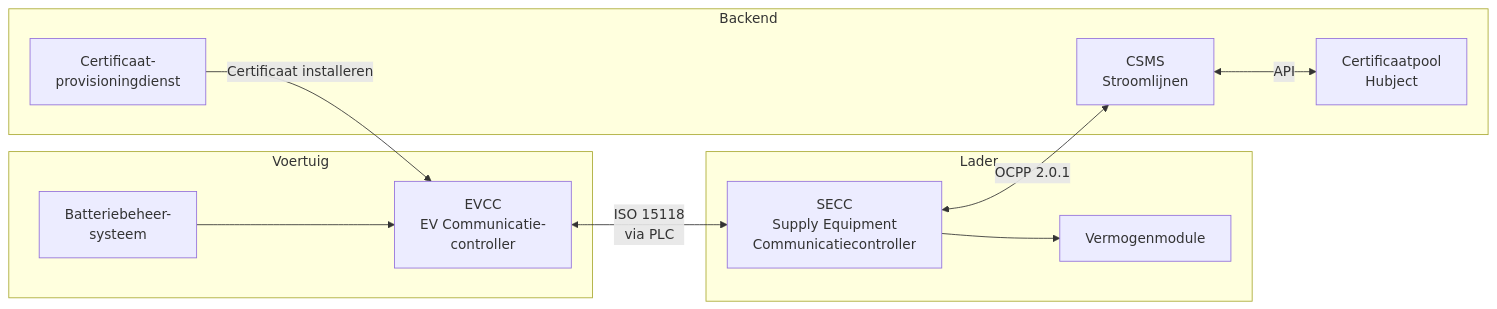
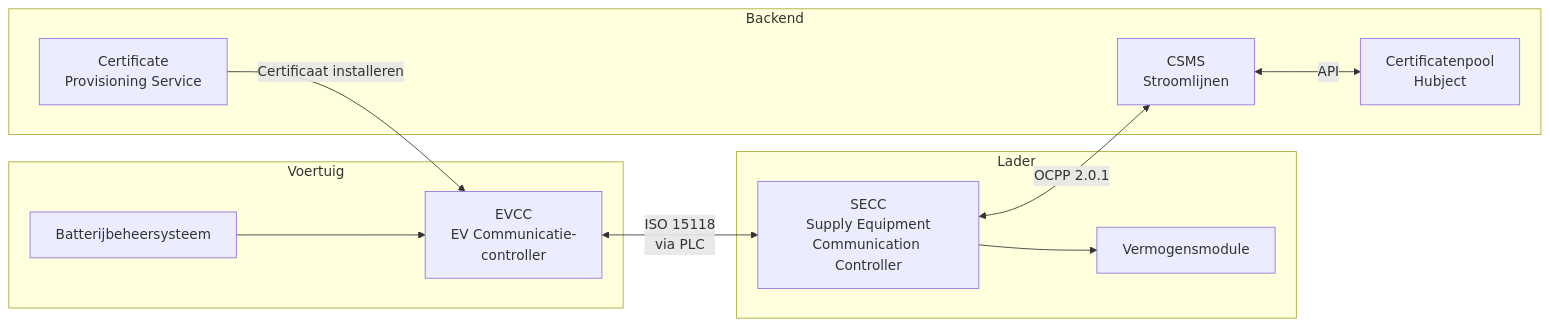
The second of 3 diagrams in docs/technical/iso-15118.md (imichelena/stroomlijnen-docs), drawn with Mermaid before and after one commit. The commit also changed other lines of this file and 3 other files, not shown here.

````diff
--- a/docs/technical/iso-15118.md
+++ b/docs/technical/iso-15118.md
@@ -85,25 +85,25 @@
 ```mermaid
 graph LR
     subgraph Voertuig
         EVCC[EVCC<br/>EV Communicatie-<br/>controller]
-        BMS[Batteriebeheer-<br/>systeem]
+        BMS[Batterijbeheersysteem]
     end
 
     subgraph Lader
-        SECC[SECC<br/>Supply Equipment<br/>Communicatiecontroller]
-        PM[Vermogenmodule]
+        SECC[SECC<br/>Supply Equipment<br/>Communication Controller]
+        PM[Vermogensmodule]
     end
 
     subgraph Backend
         CSMS[CSMS<br/>Stroomlijnen]
-        CPS[Certificaat-<br/>provisioningdienst]
-        CPool[Certificaatpool<br/>Hubject]
+        CPS[Certificate<br/>Provisioning Service]
+        CPool[Certificatenpool<br/>Hubject]
     end
 
     EVCC <-->|ISO 15118<br/>via PLC| SECC
     SECC <-->|OCPP 2.0.1| CSMS
     CSMS <-->|API| CPool
     CPS -->|Certificaat installeren| EVCC
     BMS --> EVCC
     SECC --> PM
 ```
````
